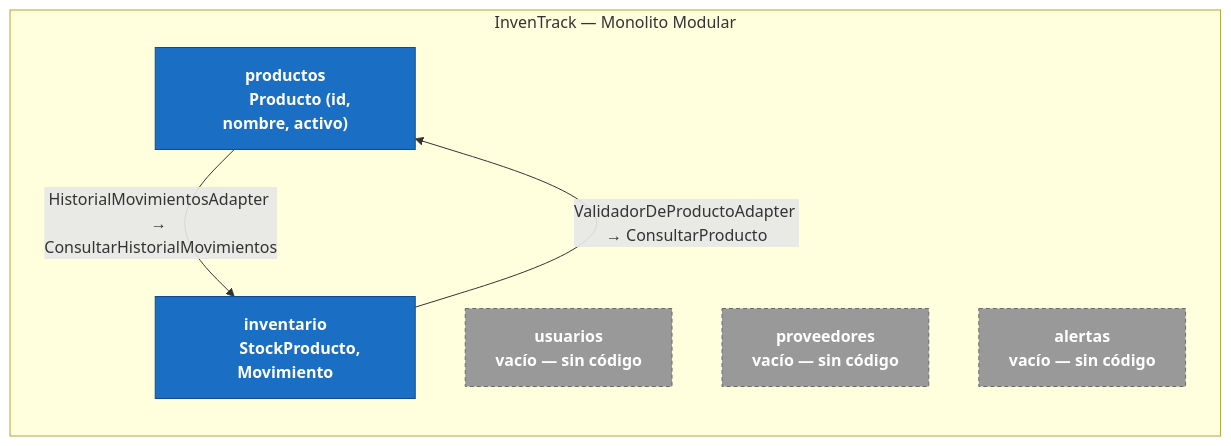
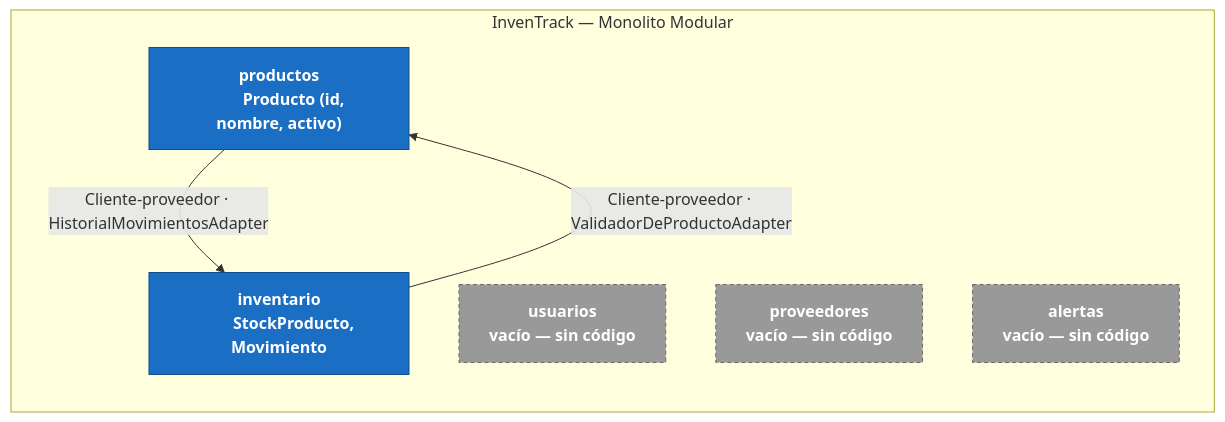
Before and after one commit to ISCOUTB/AS_202620_InvenTrack: the diagram in docs/context-map.md, drawn with Mermaid. The commit also changed other lines of this file and 5 other files, not shown here.

Commit message:
docs: update README and architecture documentation with context map and data ownership details

````diff
--- a/docs/context-map.md
+++ b/docs/context-map.md
@@ -8,24 +8,24 @@
 ```mermaid
 flowchart LR
     subgraph InvenTrack["InvenTrack — Monolito Modular"]
         Productos["productos
         Producto (id, nombre, activo)"]
         Inventario["inventario
         StockProducto, Movimiento"]
         Usuarios["usuarios
         vacío — sin código"]
         Proveedores["proveedores
         vacío — sin código"]
         Alertas["alertas
         vacío — sin código"]
     end
 
-    Productos -- "HistorialMovimientosAdapter → ConsultarHistorialMovimientos" --> Inventario
-    Inventario -- "ValidadorDeProductoAdapter → ConsultarProducto" --> Productos
+    Productos -- "Cliente-proveedor · HistorialMovimientosAdapter" --> Inventario
+    Inventario -- "Cliente-proveedor · ValidadorDeProductoAdapter" --> Productos
 
     classDef implementado fill:#1a6fc4,stroke:#0e4d8a,color:#ffffff,font-weight:bold
     classDef vacio fill:#999999,stroke:#6b6b6b,color:#ffffff,font-weight:bold,stroke-dasharray: 4 3
 
     class Productos,Inventario implementado
     class Usuarios,Proveedores,Alertas vacio
 ```
````
